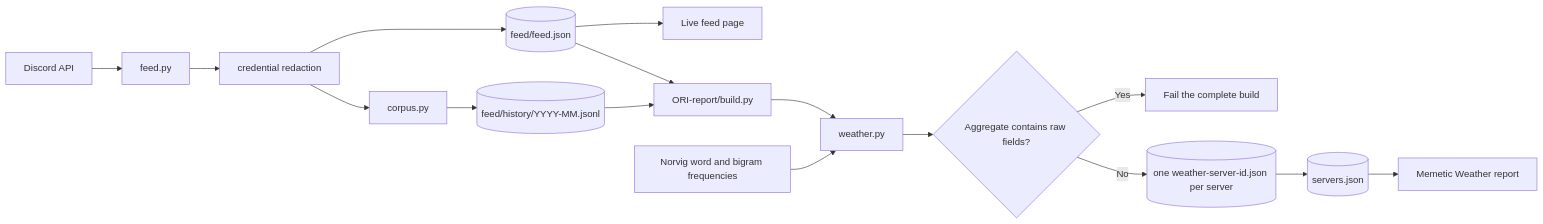
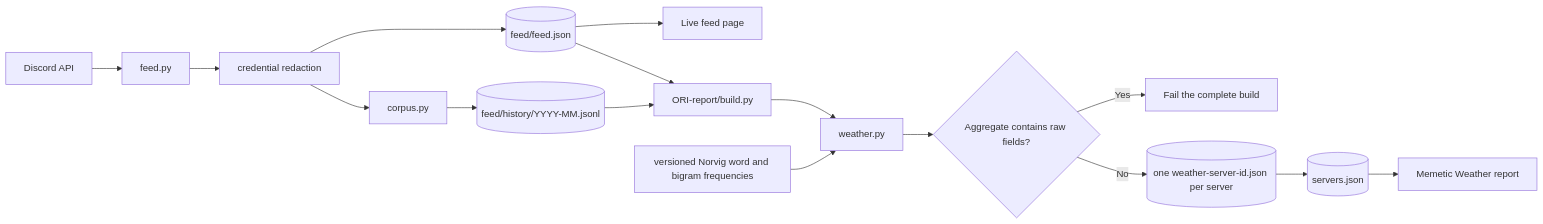
The diagram in ori-report.md (faltz009/ORI-feed), drawn with Mermaid before and after one commit. The commit also changed other lines of this file and 10 other files, not shown here.

````diff
--- a/ori-report.md
+++ b/ori-report.md
@@ -12,19 +12,19 @@
 ```mermaid
 flowchart LR
     discord[Discord API] --> collector[feed.py]
     collector --> redactor[credential redaction]
     redactor --> rolling[(feed/feed.json)]
     redactor --> corpus[corpus.py]
     corpus --> history[(feed/history/YYYY-MM.jsonl)]
 
     rolling --> feedPage[Live feed page]
     history --> builder[ORI-report/build.py]
     rolling --> builder
-    reference[Norvig word and bigram frequencies] --> analyzer[weather.py]
+    reference[versioned Norvig word and bigram frequencies] --> analyzer[weather.py]
     builder --> analyzer
     analyzer --> validator{Aggregate contains raw fields?}
     validator -->|Yes| fail[Fail the complete build]
     validator -->|No| reports[(one weather-server-id.json per server)]
     reports --> index[(servers.json)]
     index --> reportPage[Memetic Weather report]
 ```
````
